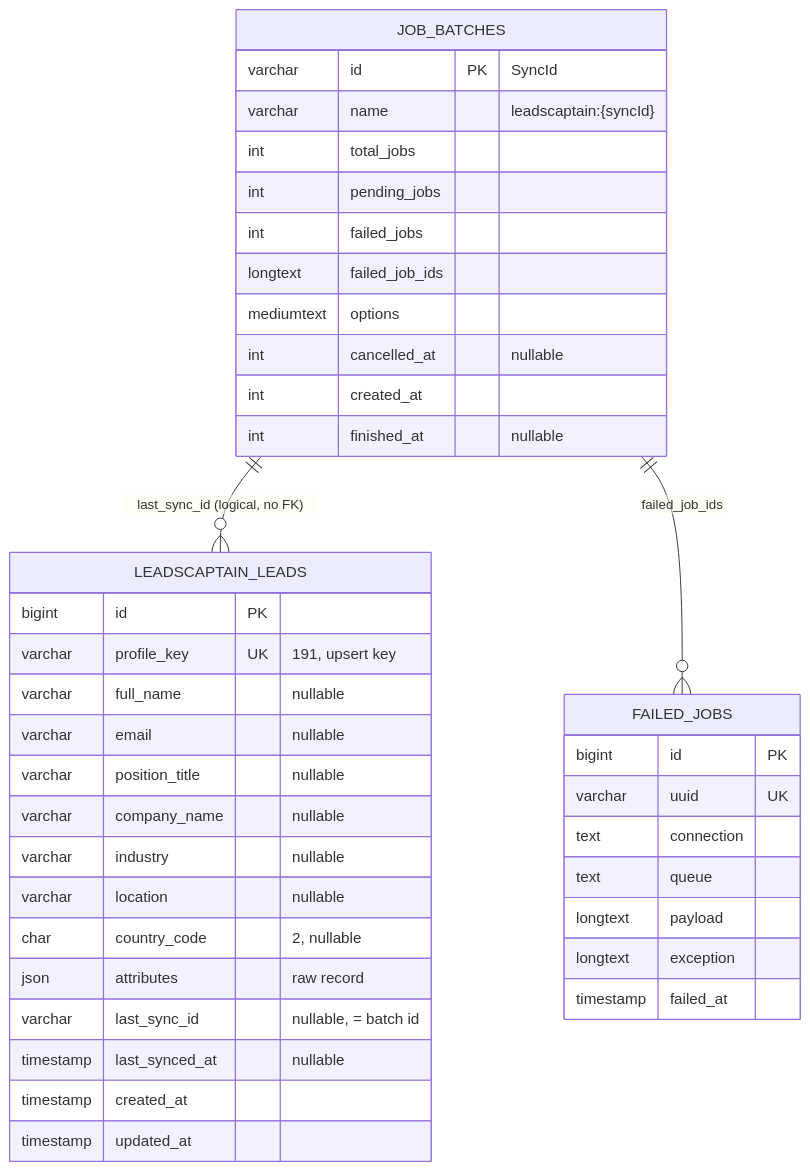
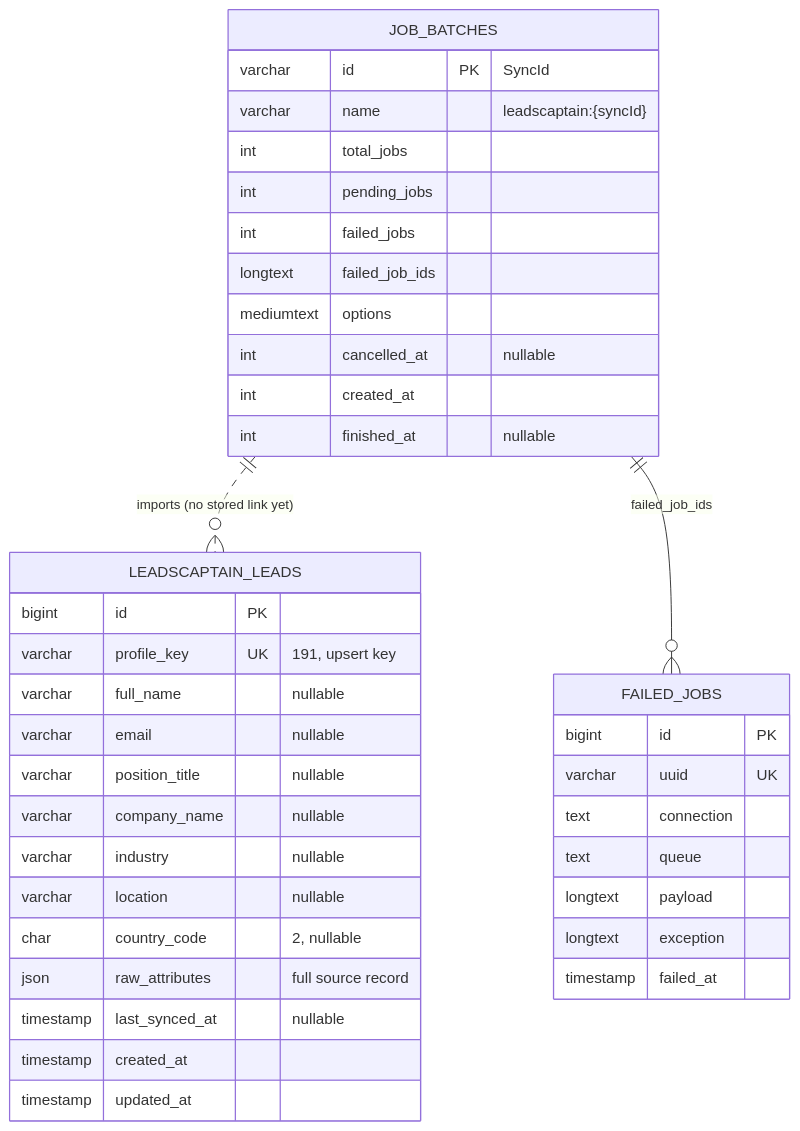
One commit to er-pkumar/leadscaptain-integration changed the fourth of 11 diagrams in docs/architecture.md. Above: the diagram before and after it, drawn with Mermaid. The commit also changed other lines of this file, not shown here.

Commit message:
docs: describe the stored leads table and mark persistence done

````diff
--- a/docs/architecture.md
+++ b/docs/architecture.md
@@ -235,42 +235,41 @@
 ```mermaid
 erDiagram
     LEADSCAPTAIN_LEADS {
         bigint id PK
         varchar profile_key UK "191, upsert key"
         varchar full_name "nullable"
         varchar email "nullable"
         varchar position_title "nullable"
         varchar company_name "nullable"
         varchar industry "nullable"
         varchar location "nullable"
         char country_code "2, nullable"
-        json attributes "raw record"
-        varchar last_sync_id "nullable, = batch id"
+        json raw_attributes "full source record"
         timestamp last_synced_at "nullable"
         timestamp created_at
         timestamp updated_at
     }
     JOB_BATCHES {
         varchar id PK "SyncId"
         varchar name "leadscaptain:{syncId}"
         int total_jobs
         int pending_jobs
         int failed_jobs
         longtext failed_job_ids
         mediumtext options
         int cancelled_at "nullable"
         int created_at
         int finished_at "nullable"
     }
     FAILED_JOBS {
         bigint id PK
         varchar uuid UK
         text connection
         text queue
         longtext payload
         longtext exception
         timestamp failed_at
     }
-    JOB_BATCHES ||--o{ LEADSCAPTAIN_LEADS : "last_sync_id (logical, no FK)"
+    JOB_BATCHES ||..o{ LEADSCAPTAIN_LEADS : "imports (no stored link yet)"
     JOB_BATCHES ||--o{ FAILED_JOBS : "failed_job_ids"
 ```
````
